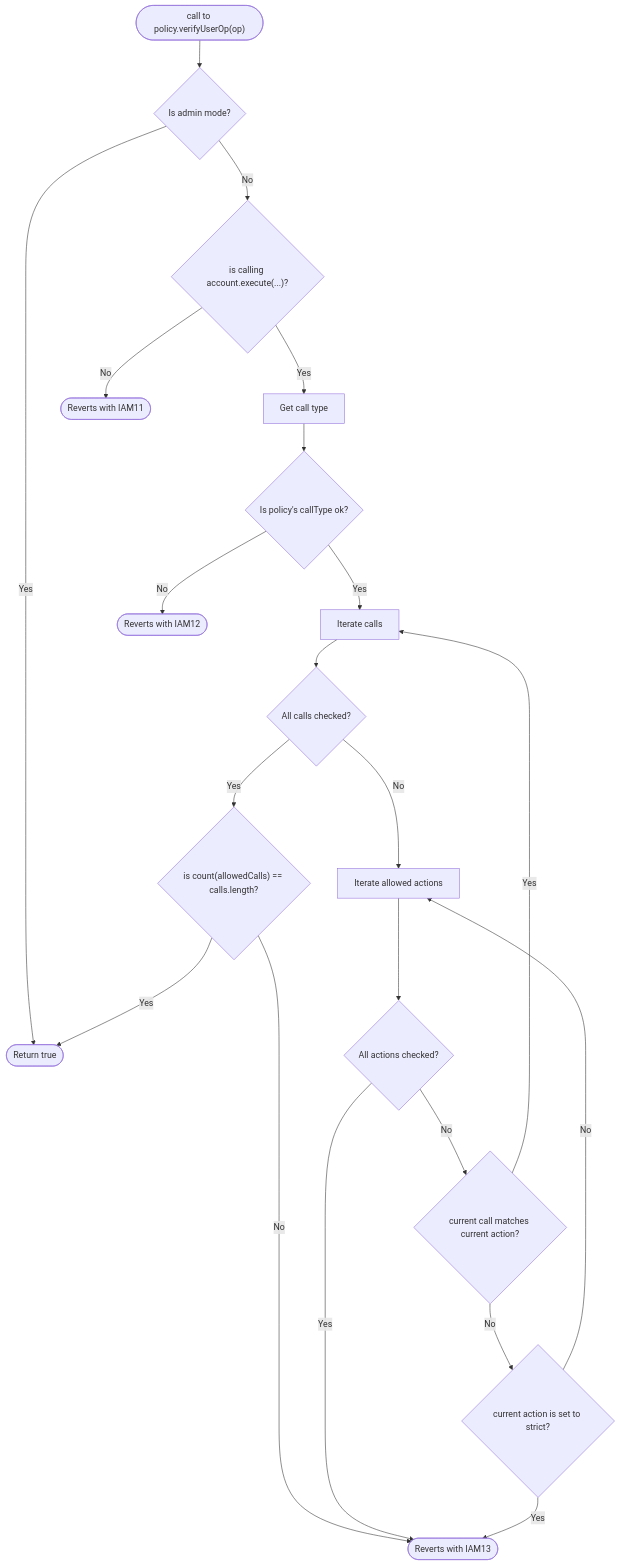
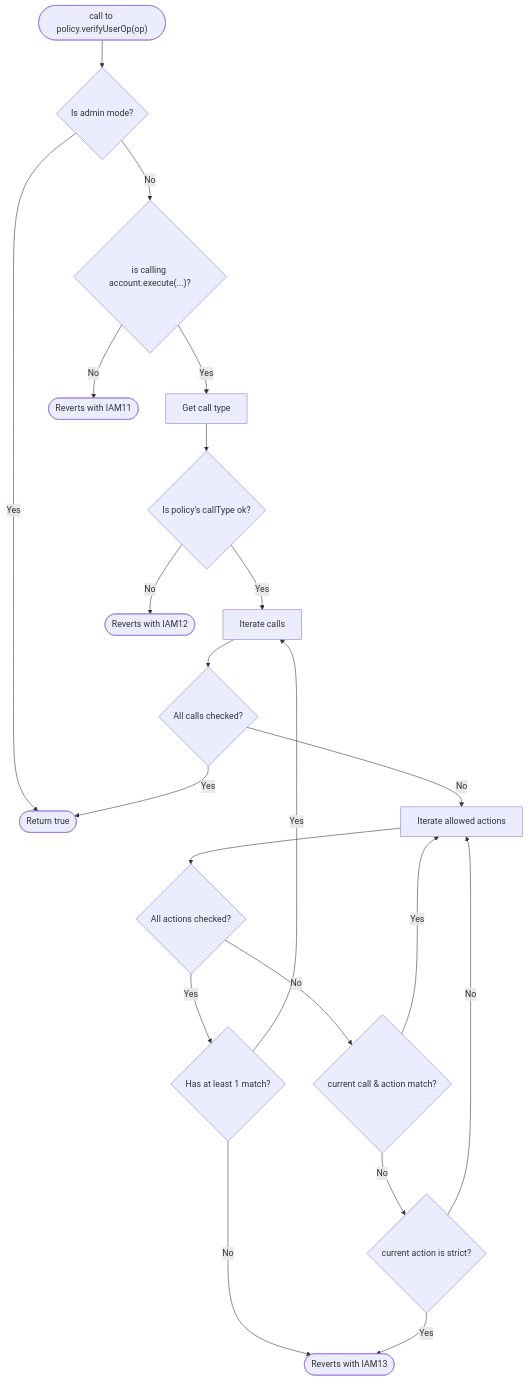
One commit to stackup-wallet/accessctl changed the second of 2 diagrams in README.md. Above: the diagram before and after it, drawn with Mermaid.

Commit message:
readme: update flow chart

````diff
--- a/README.md
+++ b/README.md
@@ -153,23 +153,23 @@
 ```mermaid
 flowchart TD
     start(["call to policy.verifyUserOp(op)"])-->isAdmin{Is admin mode?}
     isAdmin-->|Yes|ok([Return true])
     isAdmin-->|No|isExec{"is calling account.execute(...)?"}
     isExec-->|Yes|getCallType["Get call type"]
     isExec-->|No|iam11([Reverts with IAM11])
     getCallType-->isCallTypeOk{"Is policy's callType ok?"}
     isCallTypeOk-->|Yes|iterateCalls[Iterate calls]
     isCallTypeOk-->|No|iam12([Reverts with IAM12])
     iterateCalls-->isLastCall{All calls checked?}
-    isLastCall-->|Yes|allCallsOk{"is count(allowedCalls) == calls.length?"}
-    allCallsOk-->|Yes|ok
-    allCallsOk-->|No|iam13([Reverts with IAM13])
+    isLastCall-->|Yes|ok
     isLastCall-->|No|iterateActions[Iterate allowed actions]
     iterateActions-->isLastAction{All actions checked?}
-    isLastAction-->|Yes|iam13
-    isLastAction-->|No|isCallActionMatch{current call matches current action?}
-    isCallActionMatch-->|No|isStrictMode{current action is set to strict?}
+    isLastAction-->|Yes|minOneMatched{Has at least 1 match?}
+    isLastAction-->|No|isCallActionMatch{current call & action match?}
+    minOneMatched-->|Yes|iterateCalls
+    minOneMatched-->|No|iam13([Reverts with IAM13])
+    isCallActionMatch-->|No|isStrictMode{current action is strict?}
     isStrictMode-->|Yes|iam13
     isStrictMode-->|No|iterateActions
-    isCallActionMatch-->|Yes|iterateCalls
+    isCallActionMatch-->|Yes|iterateActions
 ```
````
